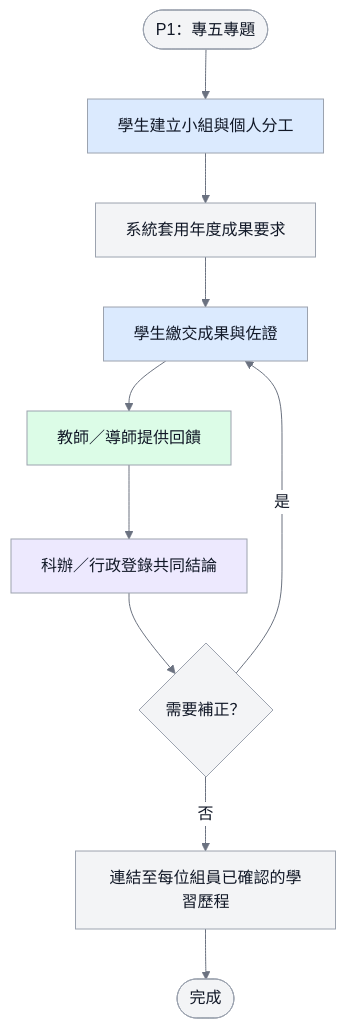
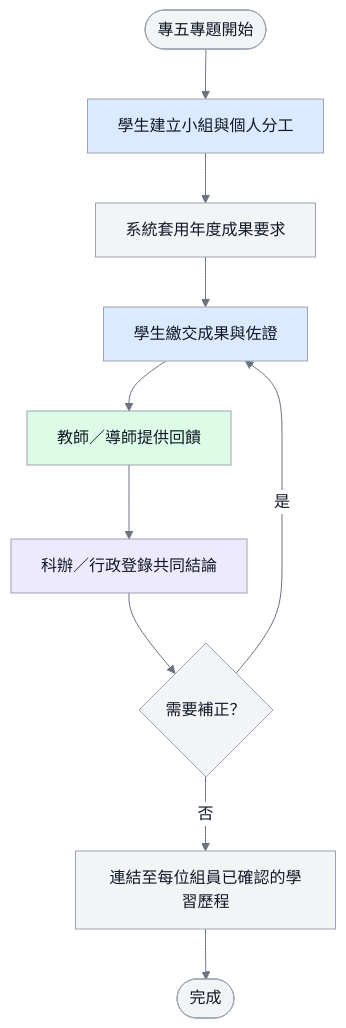
Before and after one commit to vujhdcusa/1028: the fifth of 9 diagrams in docs/04_圖表與介面/diagrams.md, drawn with Mermaid. The commit also changed other lines of this file and 5 other files, not shown here.

````diff
--- a/docs/04_圖表與介面/diagrams.md
+++ b/docs/04_圖表與介面/diagrams.md
@@ -92,18 +119,18 @@
 ```mermaid
 %%{init: {'theme':'base','themeVariables': {'fontFamily':'Microsoft JhengHei, Noto Sans TC, Arial, sans-serif','primaryColor':'#F3F4F6','primaryTextColor':'#111827','primaryBorderColor':'#9CA3AF','lineColor':'#6B7280','edgeLabelBackground':'#FFFFFF'}}}%%
 flowchart TD
     classDef student fill:#DBEAFE,stroke:#9CA3AF,color:#111827,stroke-width:1px;
     classDef teacher fill:#DCFCE7,stroke:#9CA3AF,color:#111827,stroke-width:1px;
     classDef staff fill:#EDE9FE,stroke:#9CA3AF,color:#111827,stroke-width:1px;
     classDef system fill:#F3F4F6,stroke:#9CA3AF,color:#111827,stroke-width:1px;
 
-    Start([P1：專五專題]) --> Team[學生建立小組與個人分工]:::student
+    Start([專五專題開始]) --> Team[學生建立小組與個人分工]:::student
     Team --> Template[系統套用年度成果要求]:::system
     Template --> Submit[學生繳交成果與佐證]:::student
     Submit --> Teacher[教師／導師提供回饋]:::teacher
     Teacher --> Staff[科辦／行政登錄共同結論]:::staff
     Staff --> Fix{需要補正？}
     Fix -- 是 --> Submit
     Fix -- 否 --> Link[連結至每位組員已確認的學習歷程]:::system
     Link --> End([完成])
 ```
````
